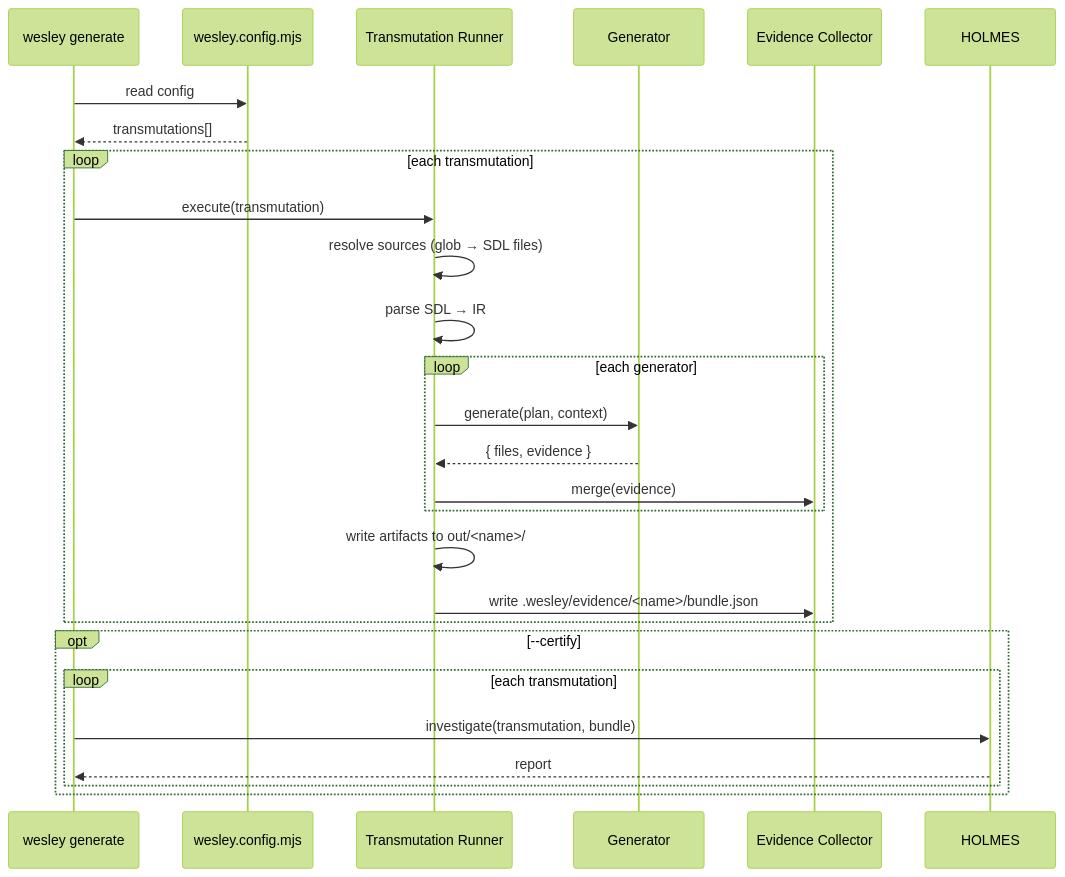
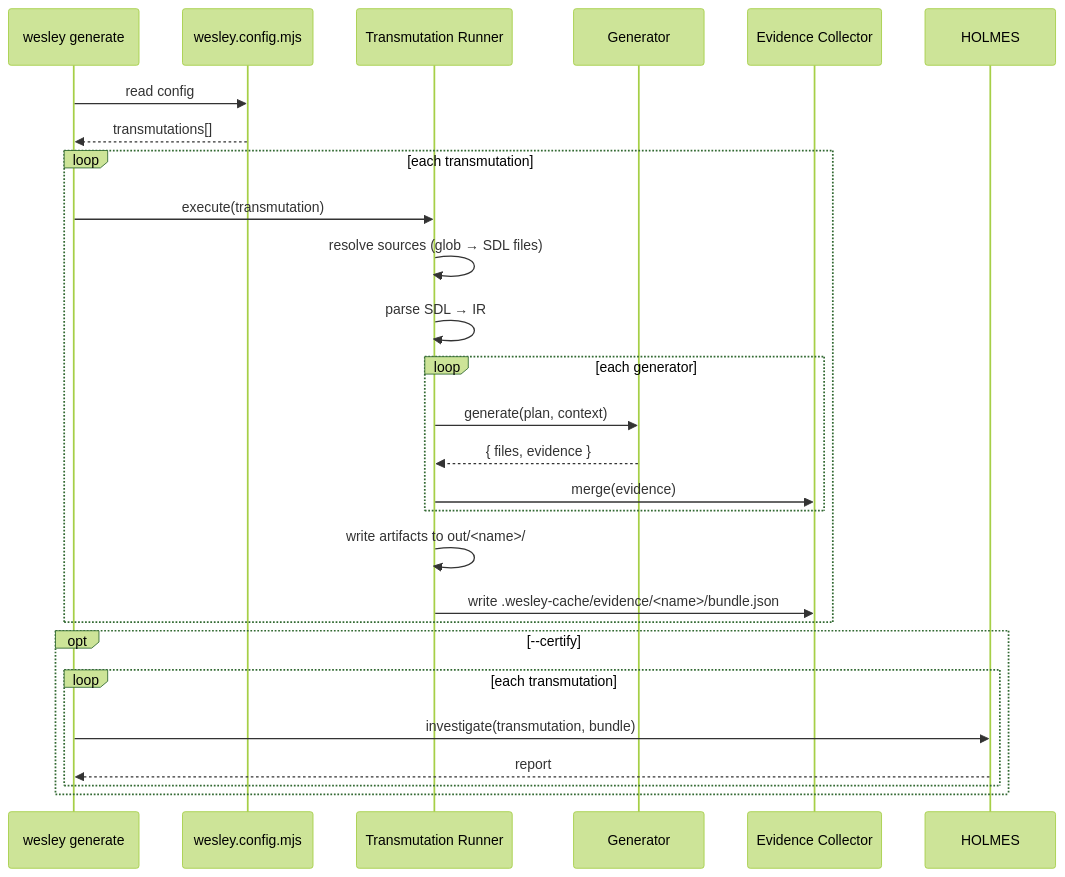
One commit to flyingrobots/wesley changed the third of 8 diagrams in docs/architecture/transmutations.md. Above: the diagram before and after it, drawn with Mermaid (forest theme). The commit also changed other lines of this file and 23 other files, not shown here.

````diff
--- a/docs/architecture/transmutations.md
+++ b/docs/architecture/transmutations.md
@@ -258,34 +258,34 @@
 ```mermaid
 sequenceDiagram
     participant CLI as wesley generate
     participant CFG as wesley.config.mjs
     participant TX as Transmutation Runner
     participant GEN as Generator
     participant EV as Evidence Collector
     participant H as HOLMES
 
     CLI->>CFG: read config
     CFG-->>CLI: transmutations[]
 
     loop each transmutation
         CLI->>TX: execute(transmutation)
         TX->>TX: resolve sources (glob → SDL files)
         TX->>TX: parse SDL → IR
 
         loop each generator
             TX->>GEN: generate(plan, context)
             GEN-->>TX: { files, evidence }
             TX->>EV: merge(evidence)
         end
 
         TX->>TX: write artifacts to out/<name>/
-        TX->>EV: write .wesley/evidence/<name>/bundle.json
+        TX->>EV: write .wesley-cache/evidence/<name>/bundle.json
     end
 
     opt --certify
         loop each transmutation
             CLI->>H: investigate(transmutation, bundle)
             H-->>CLI: report
         end
     end
 ```
````
